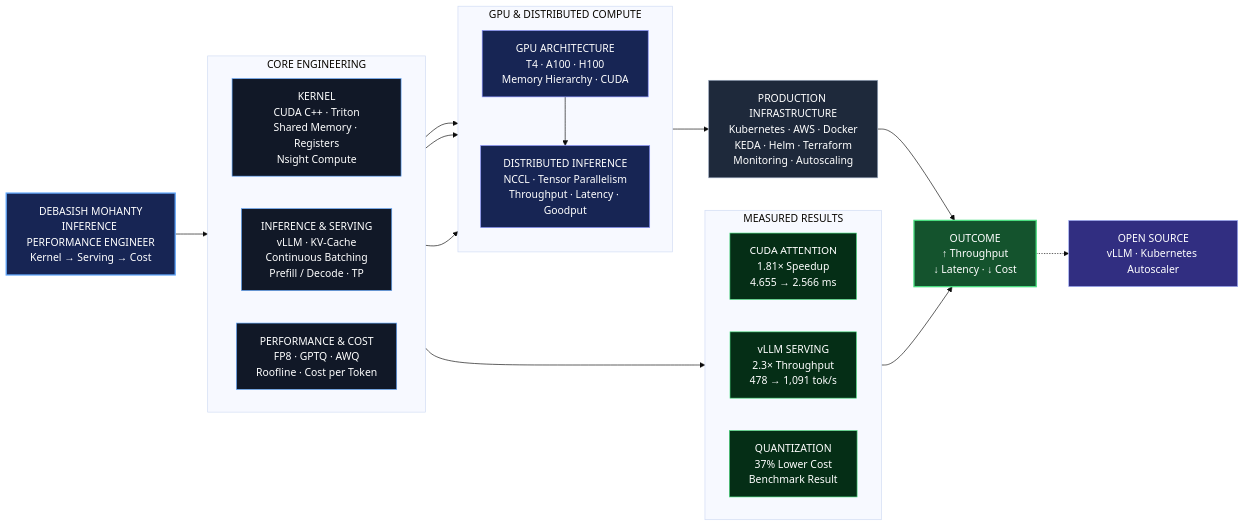
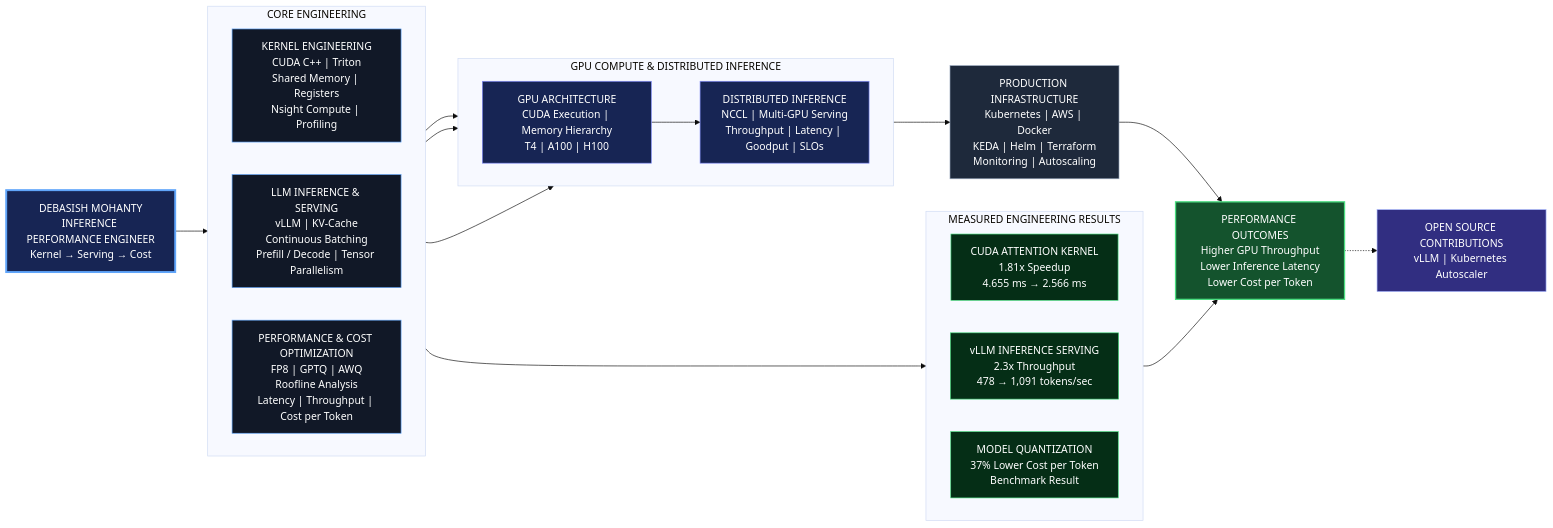
The diagram in README.md (Debasish-87/Debasish-87), drawn with Mermaid (base theme) before and after one commit.

````diff
--- a/README.md
+++ b/README.md
@@ -6,54 +6,54 @@
 ```mermaid
 flowchart LR
     A["DEBASISH MOHANTY<br/>INFERENCE PERFORMANCE ENGINEER<br/>Kernel → Serving → Cost"]
 
     subgraph CORE["CORE ENGINEERING"]
         direction LR
-        K["KERNEL<br/>CUDA C++ · Triton<br/>Shared Memory · Registers<br/>Nsight Compute"]
-        S["INFERENCE & SERVING<br/>vLLM · KV-Cache<br/>Continuous Batching<br/>Prefill / Decode · TP"]
-        C["PERFORMANCE & COST<br/>FP8 · GPTQ · AWQ<br/>Roofline · Cost per Token"]
+        K["KERNEL ENGINEERING<br/>CUDA C++ | Triton<br/>Shared Memory | Registers<br/>Nsight Compute | Profiling"]
+        S["LLM INFERENCE & SERVING<br/>vLLM | KV-Cache<br/>Continuous Batching<br/>Prefill / Decode | Tensor Parallelism"]
+        C["PERFORMANCE & COST OPTIMIZATION<br/>FP8 | GPTQ | AWQ<br/>Roofline Analysis<br/>Latency | Throughput | Cost per Token"]
     end
 
-    subgraph GPU["GPU & DISTRIBUTED COMPUTE"]
-        direction TB
-        G["GPU ARCHITECTURE<br/>T4 · A100 · H100<br/>Memory Hierarchy · CUDA"]
-        D["DISTRIBUTED INFERENCE<br/>NCCL · Tensor Parallelism<br/>Throughput · Latency · Goodput"]
+    subgraph COMPUTE["GPU COMPUTE & DISTRIBUTED INFERENCE"]
+        direction LR
+        G["GPU ARCHITECTURE<br/>CUDA Execution | Memory Hierarchy<br/>T4 | A100 | H100"]
+        D["DISTRIBUTED INFERENCE<br/>NCCL | Multi-GPU Serving<br/>Throughput | Latency | Goodput | SLOs"]
     end
 
-    I["PRODUCTION INFRASTRUCTURE<br/>Kubernetes · AWS · Docker<br/>KEDA · Helm · Terraform<br/>Monitoring · Autoscaling"]
+    I["PRODUCTION INFRASTRUCTURE<br/>Kubernetes | AWS | Docker<br/>KEDA | Helm | Terraform<br/>Monitoring | Autoscaling"]
 
-    subgraph RESULTS["MEASURED RESULTS"]
+    subgraph RESULTS["MEASURED ENGINEERING RESULTS"]
         direction LR
-        P1["CUDA ATTENTION<br/>1.81× Speedup<br/>4.655 → 2.566 ms"]
-        P2["vLLM SERVING<br/>2.3× Throughput<br/>478 → 1,091 tok/s"]
-        P3["QUANTIZATION<br/>37% Lower Cost<br/>Benchmark Result"]
+        P1["CUDA ATTENTION KERNEL<br/>1.81x Speedup<br/>4.655 ms → 2.566 ms"]
+        P2["vLLM INFERENCE SERVING<br/>2.3x Throughput<br/>478 → 1,091 tokens/sec"]
+        P3["MODEL QUANTIZATION<br/>37% Lower Cost per Token<br/>Benchmark Result"]
     end
 
-    O["OUTCOME<br/>↑ Throughput<br/>↓ Latency · ↓ Cost"]
+    O["PERFORMANCE OUTCOMES<br/>Higher GPU Throughput<br/>Lower Inference Latency<br/>Lower Cost per Token"]
 
-    OSS["OPEN SOURCE<br/>vLLM · Kubernetes Autoscaler"]
+    OSS["OPEN SOURCE CONTRIBUTIONS<br/>vLLM | Kubernetes Autoscaler"]
 
     A --> CORE
     K --> G
     S --> D
     C --> G
     G --> D
     D --> I
     CORE --> RESULTS
     I --> O
     RESULTS --> O
     O -.-> OSS
 
-    style A fill:#172554,stroke:#60a5fa,color:#fff,stroke-width:2px
-    style K fill:#111827,stroke:#60a5fa,color:#fff
-    style S fill:#111827,stroke:#60a5fa,color:#fff
-    style C fill:#111827,stroke:#60a5fa,color:#fff
-    style G fill:#172554,stroke:#818cf8,color:#fff
-    style D fill:#172554,stroke:#818cf8,color:#fff
-    style I fill:#1e293b,stroke:#94a3b8,color:#fff
-    style P1 fill:#052e16,stroke:#4ade80,color:#fff
-    style P2 fill:#052e16,stroke:#4ade80,color:#fff
-    style P3 fill:#052e16,stroke:#4ade80,color:#fff
-    style O fill:#14532d,stroke:#4ade80,color:#fff,stroke-width:2px
-    style OSS fill:#312e81,stroke:#a5b4fc,color:#fff
+    style A fill:#172554,stroke:#60a5fa,color:#ffffff,stroke-width:3px
+    style K fill:#111827,stroke:#60a5fa,color:#ffffff
+    style S fill:#111827,stroke:#60a5fa,color:#ffffff
+    style C fill:#111827,stroke:#60a5fa,color:#ffffff
+    style G fill:#172554,stroke:#818cf8,color:#ffffff
+    style D fill:#172554,stroke:#818cf8,color:#ffffff
+    style I fill:#1e293b,stroke:#94a3b8,color:#ffffff
+    style P1 fill:#052e16,stroke:#4ade80,color:#ffffff
+    style P2 fill:#052e16,stroke:#4ade80,color:#ffffff
+    style P3 fill:#052e16,stroke:#4ade80,color:#ffffff
+    style O fill:#14532d,stroke:#4ade80,color:#ffffff,stroke-width:2px
+    style OSS fill:#312e81,stroke:#a5b4fc,color:#ffffff
 ```
````
